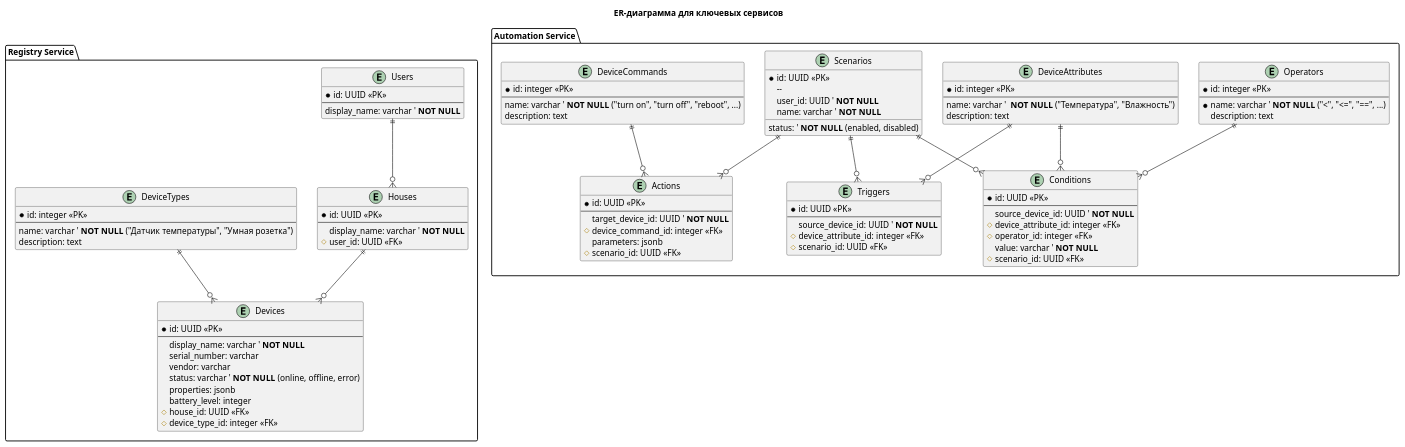
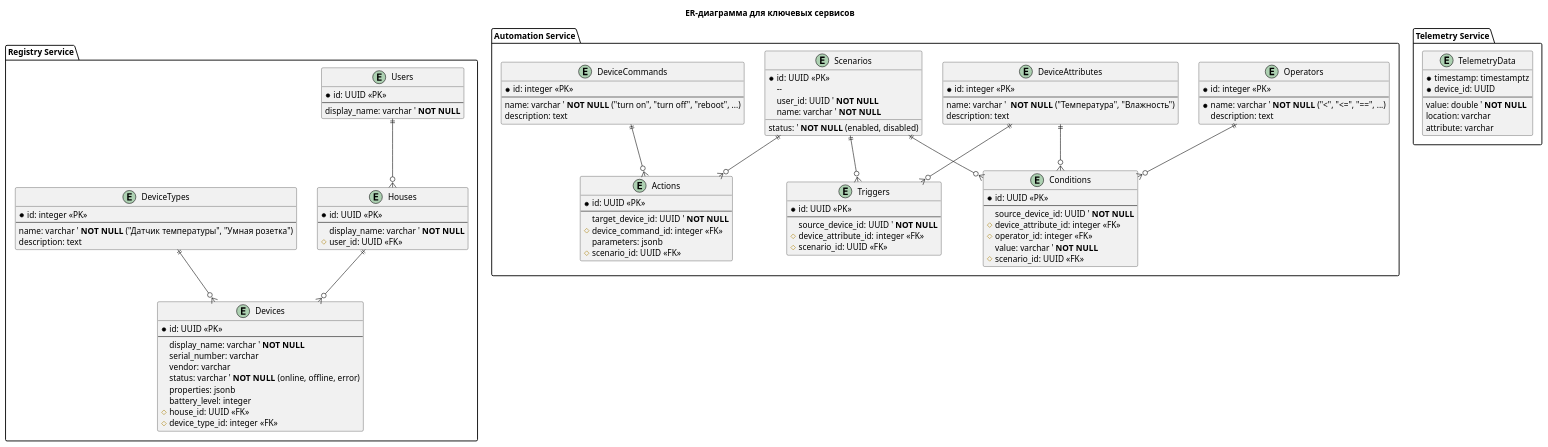
Before and after one commit to Manjago/arch-pro-sprint1: the diagram in docs/diagrams/ER_Diagram_CoreServices.puml, drawn with PlantUML. The commit also changed 3 other files, not shown here.

Commit message:
Задание 3. Разработка ER-диаграммы

```diff
--- a/docs/diagrams/ER_Diagram_CoreServices.puml
+++ b/docs/diagrams/ER_Diagram_CoreServices.puml
@@ -2,6 +2,7 @@
 
 title ER-диаграмма для ключевых сервисов
 
+' PostgreSQL
 package "Registry Service" {
 
 ' Пользователи
@@ -67,6 +68,7 @@
   DeviceTypes ||--o{ Devices
 }
 
+' PostgreSQL
 package "Automation Service" {
 
 ' Сценарии
@@ -179,4 +181,22 @@
   DeviceCommands ||--o{ Actions
 }
 
+' TimescaleDB
+package "Telemetry Service" { 
+  ' Данные телеметрии
+entity "TelemetryData" {
+  ' Время события
+  * timestamp: timestamptz
+  ' Идентификатор устройства
+  * device_id: UUID
+  --
+  ' Измеренное значение
+    value: double ' **NOT NULL**
+  ' Тег для быстрой фильтрации (комната, где стоит датчик)
+    location: varchar
+  ' Тег для быстрой фильтрации (например, "temperature", "humidity")
+    attribute: varchar
+ }
+}
+
 @enduml
```
